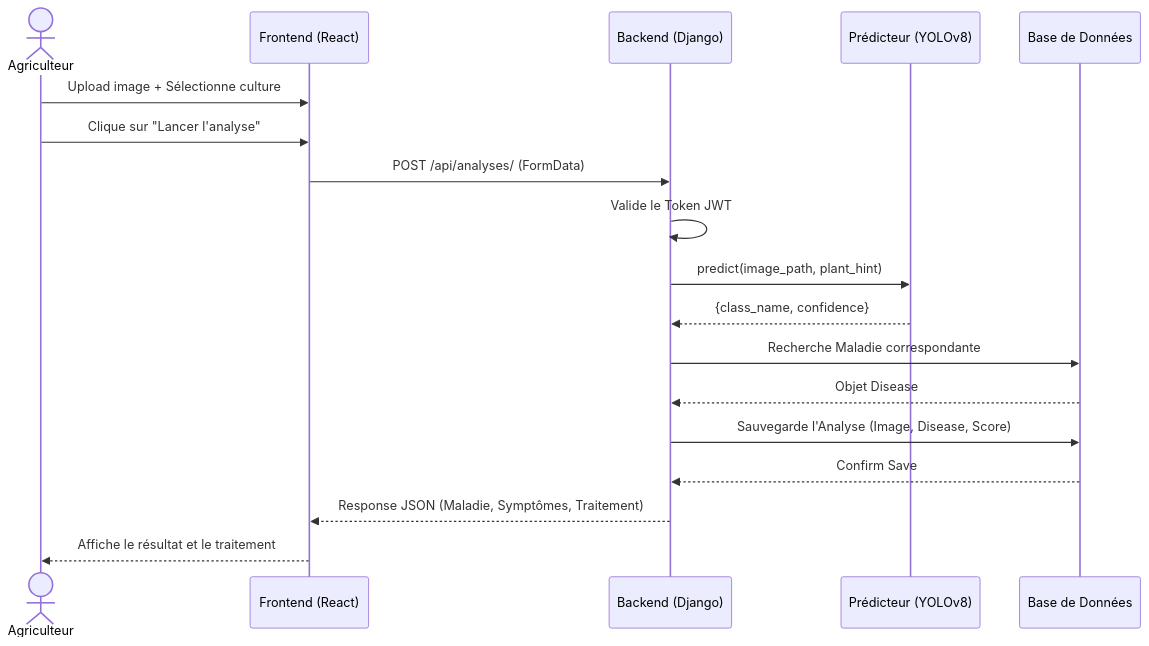
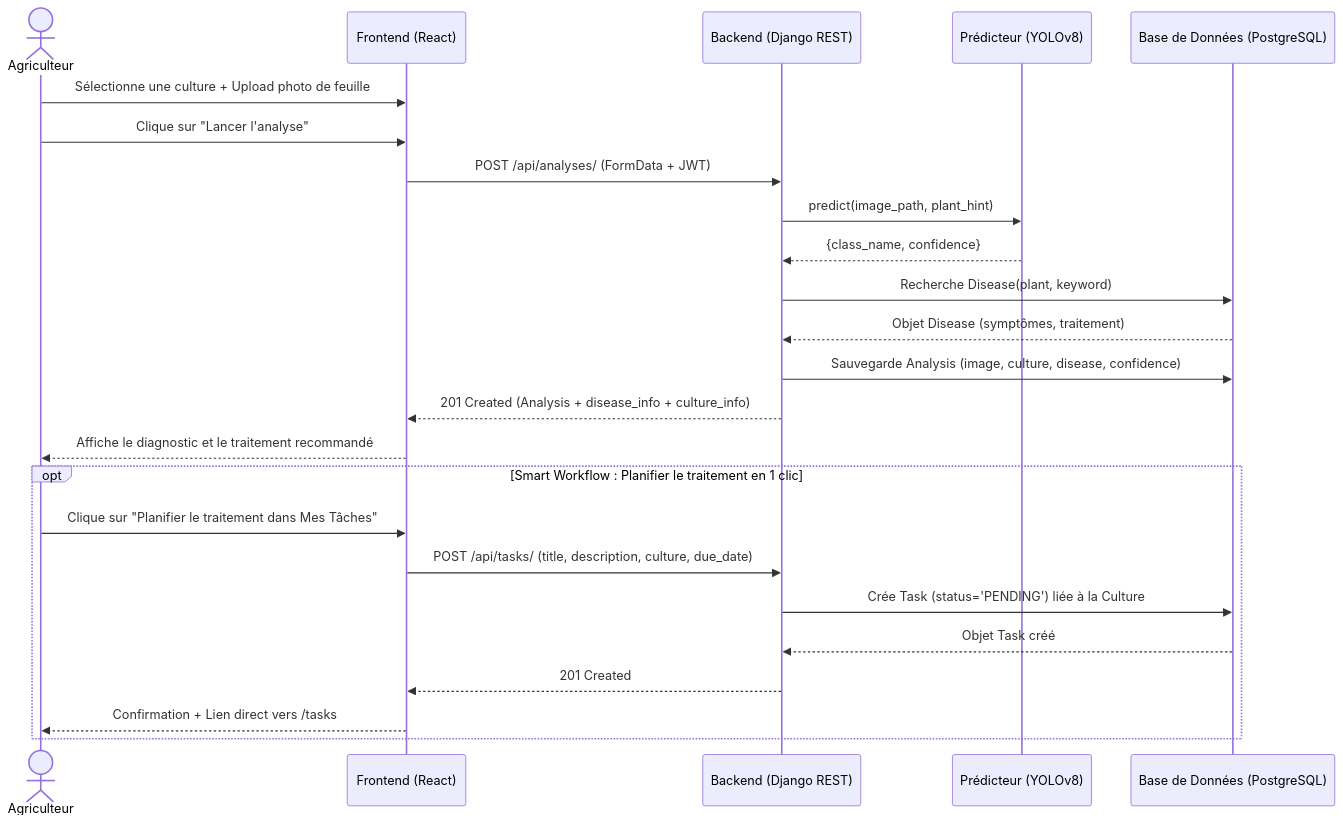
The third of 4 diagrams in Documentation_UML_AgriVision.md (MessaiSaif/AgriVision), drawn with Mermaid before and after one commit. The commit also changed other lines of this file and 13 other files, not shown here.

````diff
--- a/Documentation_UML_AgriVision.md
+++ b/Documentation_UML_AgriVision.md
@@ -111,21 +167,28 @@
 ```mermaid
 sequenceDiagram
     actor User as Agriculteur
     participant UI as Frontend (React)
-    participant API as Backend (Django)
+    participant API as Backend (Django REST)
     participant IA as Prédicteur (YOLOv8)
-    participant DB as Base de Données
-    
-    User->>UI: Upload image + Sélectionne culture
+    participant DB as Base de Données (PostgreSQL)
+
+    User->>UI: Sélectionne une culture + Upload photo de feuille
     User->>UI: Clique sur "Lancer l'analyse"
-    UI->>API: POST /api/analyses/ (FormData)
-    API->>API: Valide le Token JWT
+    UI->>API: POST /api/analyses/ (FormData + JWT)
     API->>IA: predict(image_path, plant_hint)
     IA-->>API: {class_name, confidence}
-    API->>DB: Recherche Maladie correspondante
-    DB-->>API: Objet Disease
-    API->>DB: Sauvegarde l'Analyse (Image, Disease, Score)
-    DB-->>API: Confirm Save
-    API-->>UI: Response JSON (Maladie, Symptômes, Traitement)
-    UI-->>User: Affiche le résultat et le traitement
+    API->>DB: Recherche Disease(plant, keyword)
+    DB-->>API: Objet Disease (symptômes, traitement)
+    API->>DB: Sauvegarde Analysis (image, culture, disease, confidence)
+    API-->>UI: 201 Created (Analysis + disease_info + culture_info)
+    UI-->>User: Affiche le diagnostic et le traitement recommandé
+
+    opt Smart Workflow : Planifier le traitement en 1 clic
+        User->>UI: Clique sur "Planifier le traitement dans Mes Tâches"
+        UI->>API: POST /api/tasks/ (title, description, culture, due_date)
+        API->>DB: Crée Task (status='PENDING') liée à la Culture
+        DB-->>API: Objet Task créé
+        API-->>UI: 201 Created
+        UI-->>User: Confirmation + Lien direct vers /tasks
+    end
 ```
````
